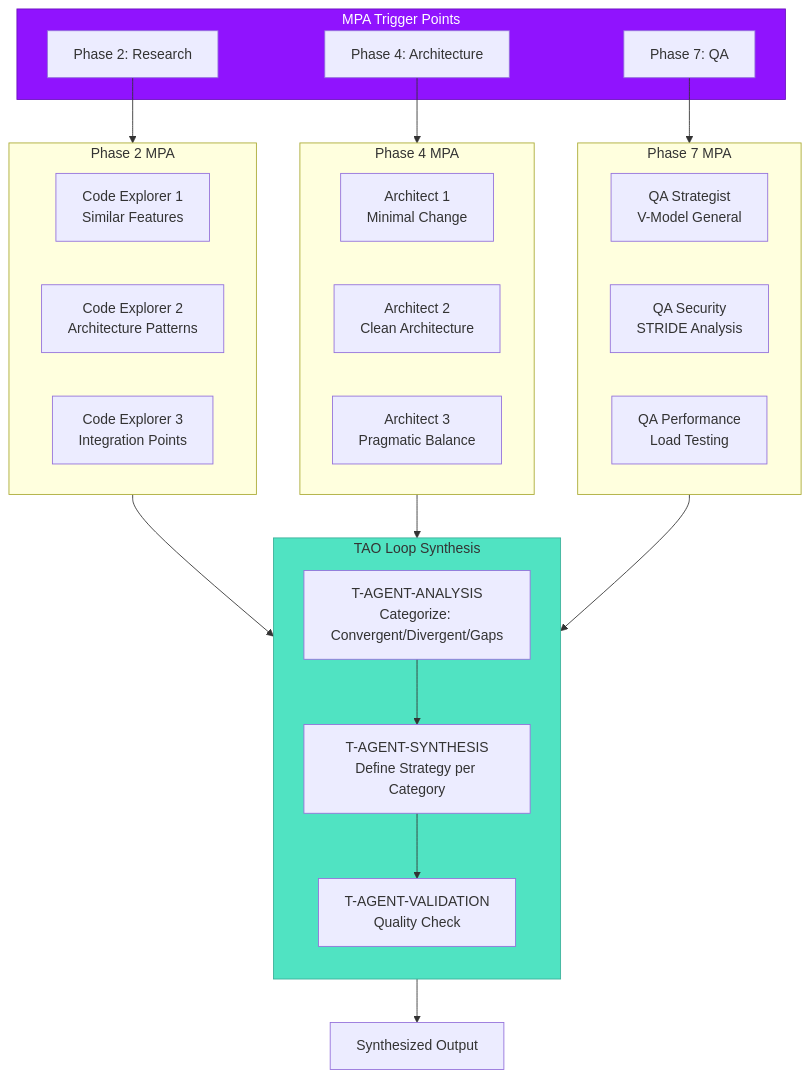
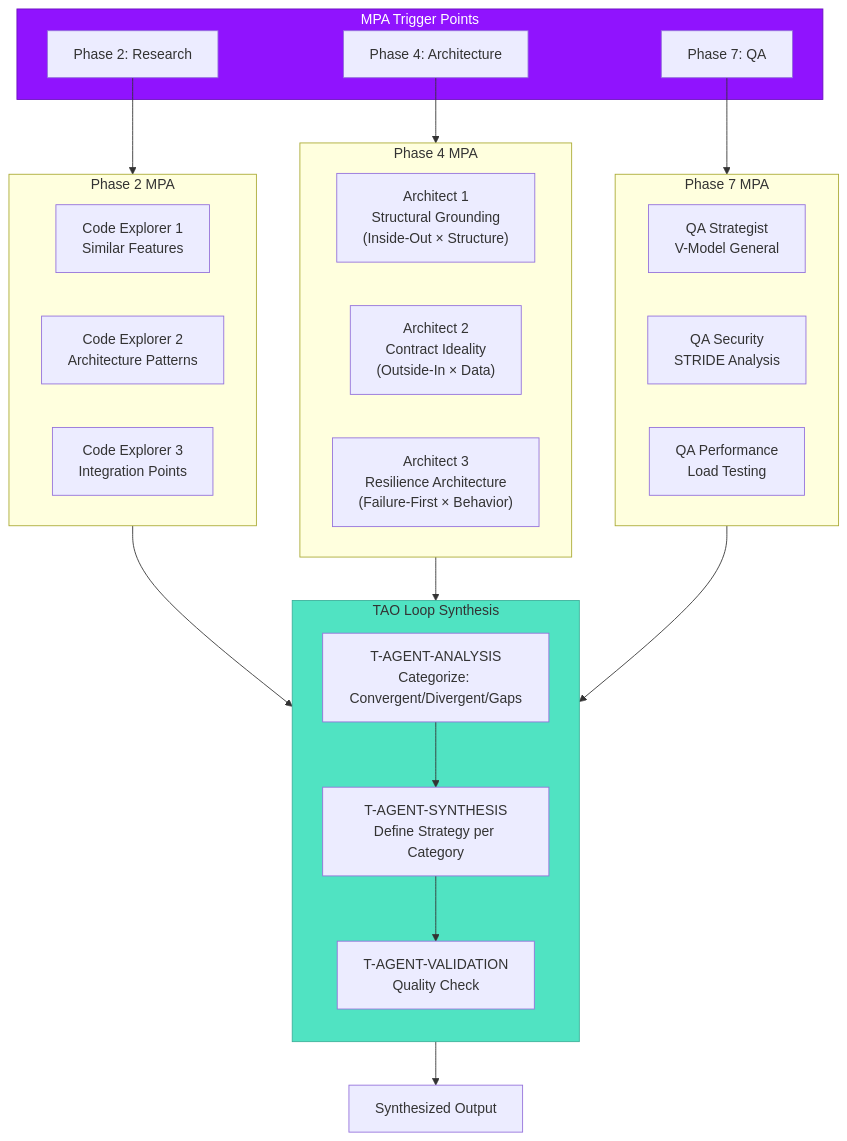
One commit to g3nx89/carlas-pantry changed the fourth of 11 diagrams in plugins/product-planning/docs/workflow-diagram.md. Above: the diagram before and after it, drawn with Mermaid. The commit also changed other lines of this file and 48 other files, not shown here.

````diff
--- a/plugins/product-planning/docs/workflow-diagram.md
+++ b/plugins/product-planning/docs/workflow-diagram.md
@@ -365,51 +364,51 @@
 ```mermaid
 flowchart TB
     subgraph TRIGGER["MPA Trigger Points"]
         T1["Phase 2: Research"]
         T2["Phase 4: Architecture"]
         T3["Phase 7: QA"]
     end
 
     subgraph P2_MPA["Phase 2 MPA"]
         direction LR
         CE1["Code Explorer 1<br/>Similar Features"]
         CE2["Code Explorer 2<br/>Architecture Patterns"]
         CE3["Code Explorer 3<br/>Integration Points"]
     end
 
     subgraph P4_MPA["Phase 4 MPA"]
         direction LR
-        AR1["Architect 1<br/>Minimal Change"]
-        AR2["Architect 2<br/>Clean Architecture"]
-        AR3["Architect 3<br/>Pragmatic Balance"]
+        AR1["Architect 1<br/>Structural Grounding<br/>(Inside-Out × Structure)"]
+        AR2["Architect 2<br/>Contract Ideality<br/>(Outside-In × Data)"]
+        AR3["Architect 3<br/>Resilience Architecture<br/>(Failure-First × Behavior)"]
     end
 
     subgraph P7_MPA["Phase 7 MPA"]
         direction LR
         QA1["QA Strategist<br/>V-Model General"]
         QA2["QA Security<br/>STRIDE Analysis"]
         QA3["QA Performance<br/>Load Testing"]
     end
 
     subgraph TAO["TAO Loop Synthesis"]
         direction TB
         TA["T-AGENT-ANALYSIS<br/>Categorize: Convergent/Divergent/Gaps"]
         TS["T-AGENT-SYNTHESIS<br/>Define Strategy per Category"]
         TV["T-AGENT-VALIDATION<br/>Quality Check"]
 
         TA --> TS --> TV
     end
 
     T1 --> P2_MPA
     T2 --> P4_MPA
     T3 --> P7_MPA
 
     P2_MPA --> TAO
     P4_MPA --> TAO
     P7_MPA --> TAO
 
     TAO --> OUT["Synthesized Output"]
 
     style TRIGGER fill:#9013FE,stroke:#6B0FBE,color:#fff
     style TAO fill:#50E3C2,stroke:#3BB09A,color:#333
 ```
````
